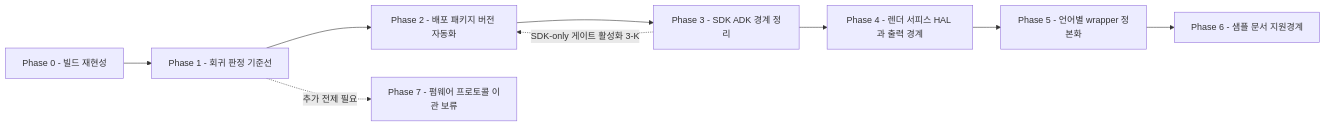
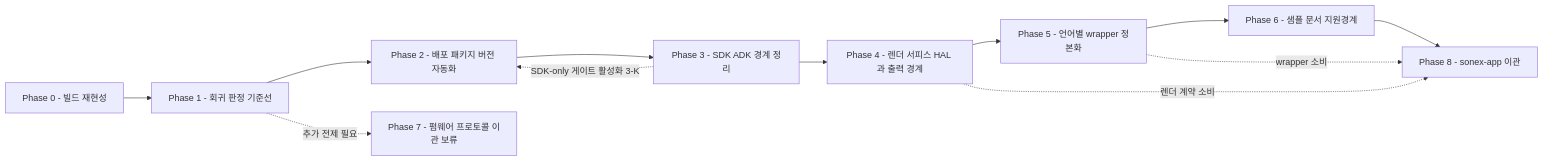
Before and after one commit to beomsikpark/healcerion-platform: the diagram in docs/refactoring/r1/plan.md, drawn with Mermaid. The commit also changed other lines of this file and 21 other files, not shown here.

First line of the commit message:
docs(refactoring): r1에 sonex-app 이관(Phase 8)을 추가하고 500C를 SoNex 범위로 편입한다

````diff
--- a/docs/refactoring/r1/plan.md
+++ b/docs/refactoring/r1/plan.md
@@ -170,19 +171,23 @@
 ```mermaid
 flowchart LR
     p0[Phase 0 - 빌드 재현성]
     p1[Phase 1 - 회귀 판정 기준선]
     p2[Phase 2 - 배포 패키지 버전 자동화]
     p3[Phase 3 - SDK ADK 경계 정리]
     p4[Phase 4 - 렌더 서피스 HAL 과 출력 경계]
     p5[Phase 5 - 언어별 wrapper 정본화]
     p6[Phase 6 - 샘플 문서 지원경계]
     p7[Phase 7 - 펌웨어 프로토콜 이관 보류]
+    p8[Phase 8 - sonex-app 이관]
     p0 --> p1
     p1 --> p2
     p2 --> p3
     p3 --> p4
     p4 --> p5
     p5 --> p6
+    p6 --> p8
     p1 -.->|추가 전제 필요| p7
     p3 -.->|SDK-only 게이트 활성화 3-K| p2
+    p4 -.->|렌더 계약 소비| p8
+    p5 -.->|wrapper 소비| p8
 ```
````
